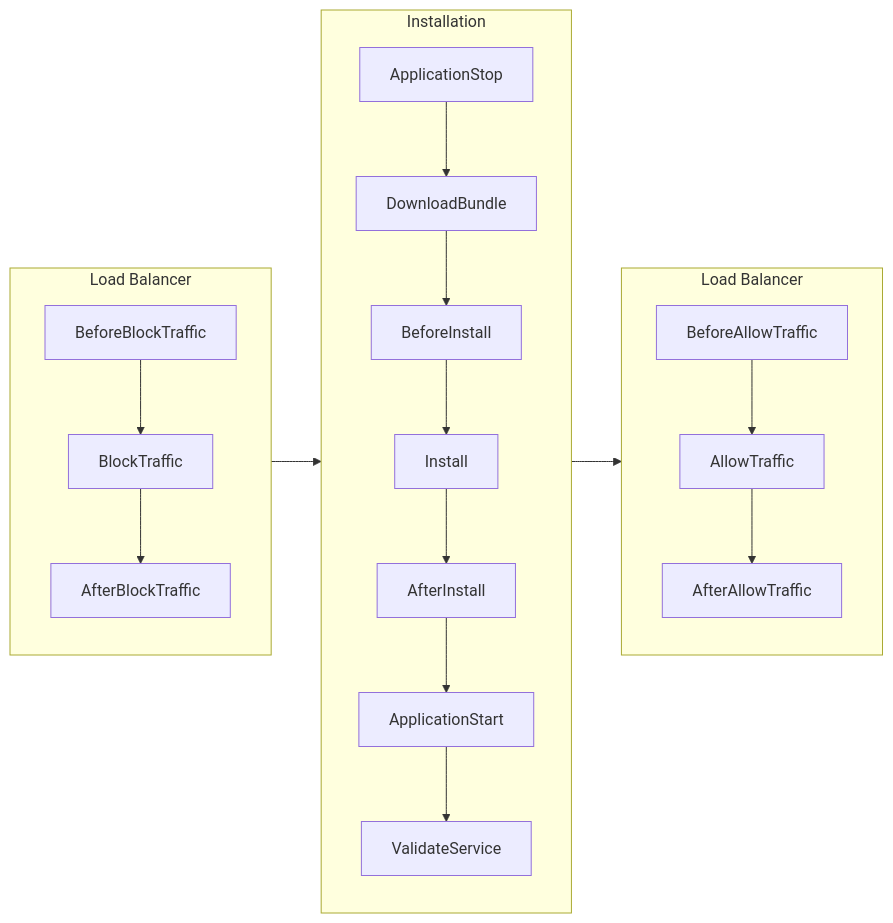
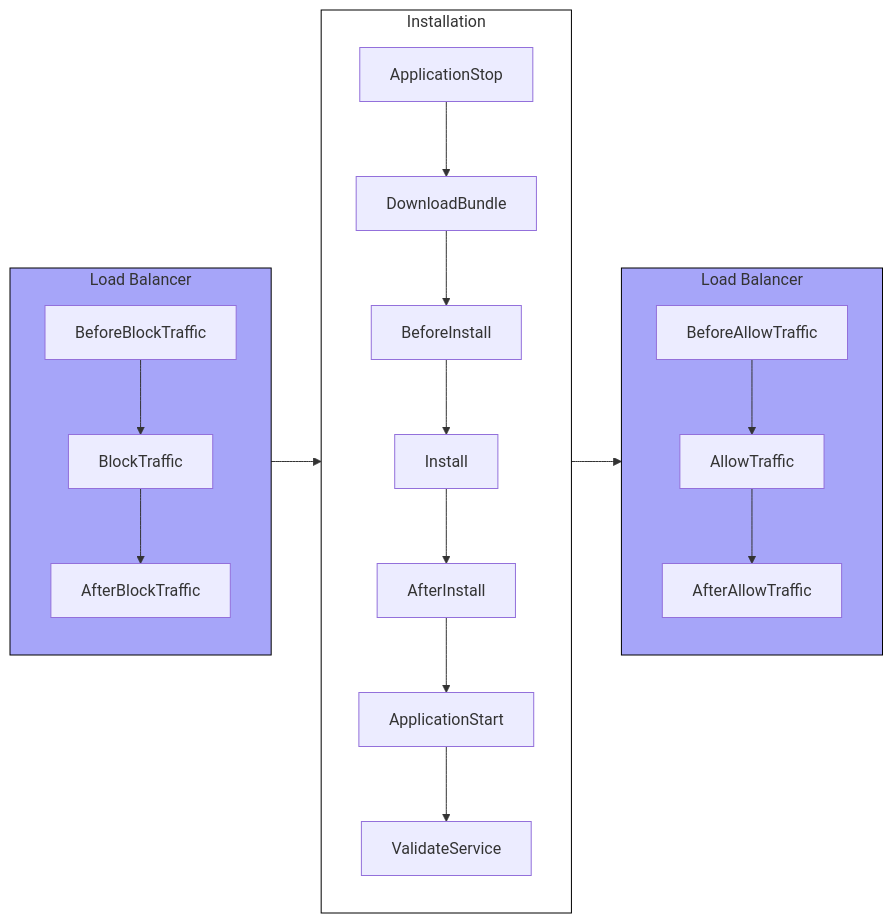
Before and after one commit to adamfitzpatrick/aws-devops-pro: the first of 4 diagrams in domains/one/docs/code-deploy.md, drawn with Mermaid. The commit also changed other lines of this file, not shown here.

````diff
--- a/domains/one/docs/code-deploy.md
+++ b/domains/one/docs/code-deploy.md
@@ -56,16 +56,19 @@
         ```mermaid
         flowchart LR
             subgraph one[Load Balancer]
                 direction TB
                 BeforeBlockTraffic-->BlockTraffic-->AfterBlockTraffic
             end
             subgraph two[Installation]
                 direction TB
                 ApplicationStop-->DownloadBundle-->BeforeInstall-->Install-->AfterInstall-->ApplicationStart-->ValidateService
             end
             subgraph three[Load Balancer]
                 direction TB
                 BeforeAllowTraffic-->AllowTraffic-->AfterAllowTraffic
             end
+            style one fill:#a6a5f9,stroke:#000
+            style two fill:#fff,stroke:#000
+            style three fill:#a6a5f9,stroke:#000
             one-->two-->three
         ```
````
